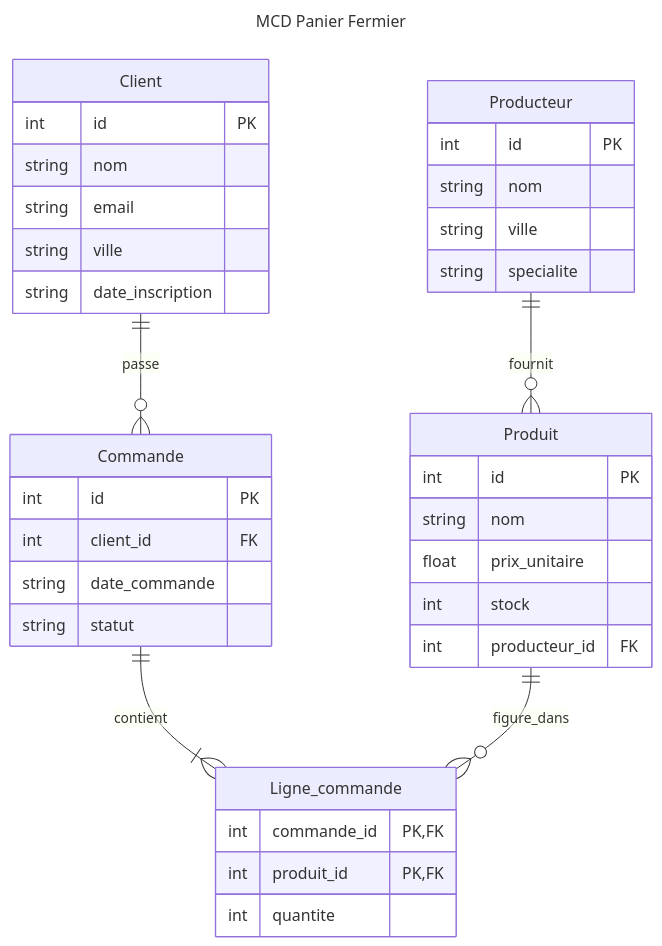
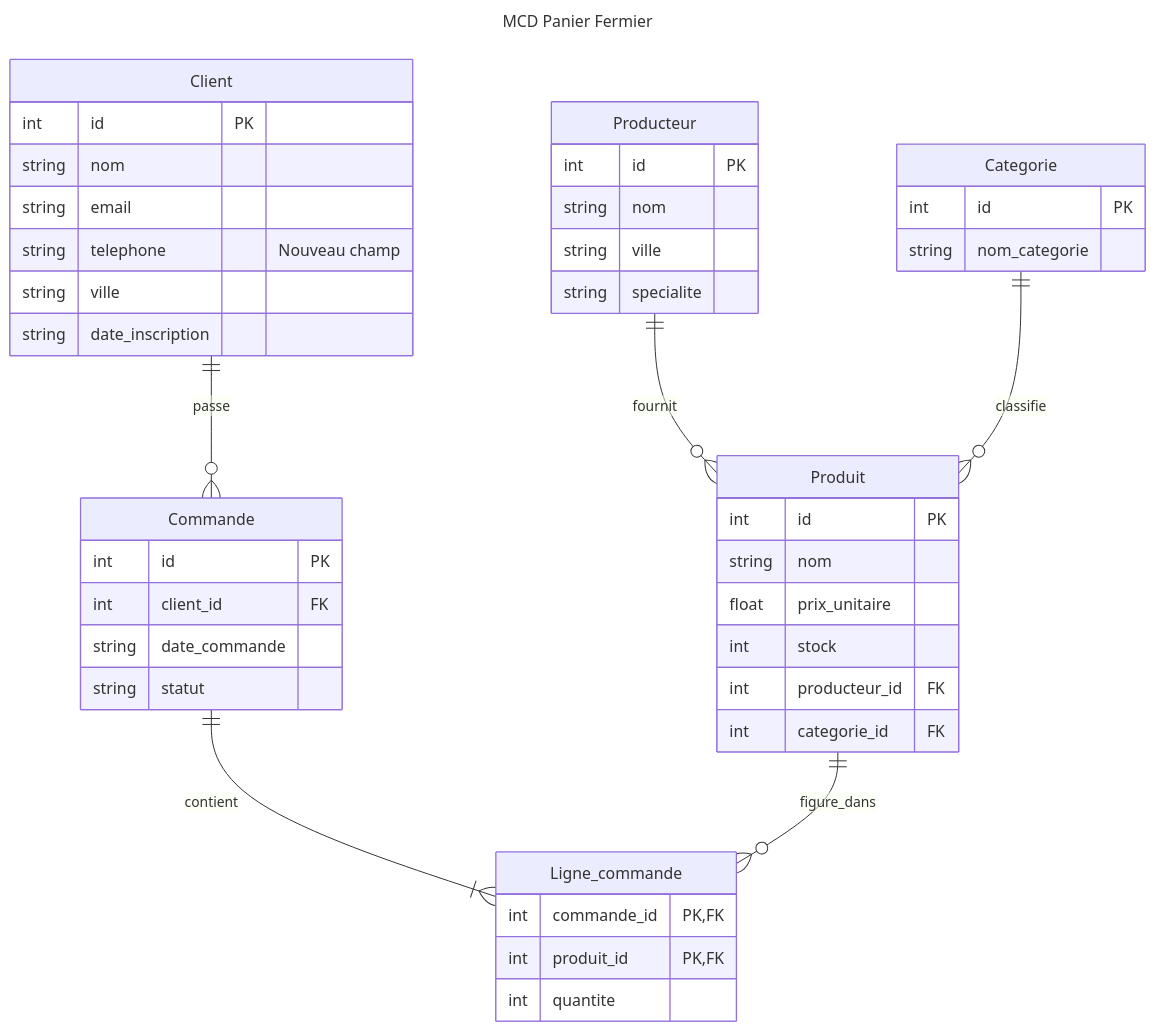
One commit to Azerker/panier-fermier changed the diagram in README.md. Above: the diagram before and after it, drawn with Mermaid.

Commit message:
ajout categorie

````diff
--- a/README.md
+++ b/README.md
@@ -1,46 +1,54 @@
 ``` mermaid
 ---
 title: MCD Panier Fermier
 ---
 erDiagram
     Client {
         int id PK
         string nom
         string email
+        string telephone "Nouveau champ"
         string ville
         string date_inscription
     }
 
     Producteur {
         int id PK
         string nom
         string ville
         string specialite
     }
 
+    Categorie {
+        int id PK
+        string nom_categorie
+    }
+
     Produit {
         int id PK
         string nom
         float prix_unitaire
         int stock
         int producteur_id FK
+        int categorie_id FK
     }
 
     Commande {
         int id PK
         int client_id FK
         string date_commande
         string statut
     }
 
     Ligne_commande {
         int commande_id PK,FK
         int produit_id PK,FK
         int quantite
     }
 
     Client ||--o{ Commande : "passe"
     Producteur ||--o{ Produit : "fournit"
     Commande ||--|{ Ligne_commande : "contient"
     Produit ||--o{ Ligne_commande : "figure_dans"
+    Categorie ||--o{ Produit : "classifie"
 ```
````
